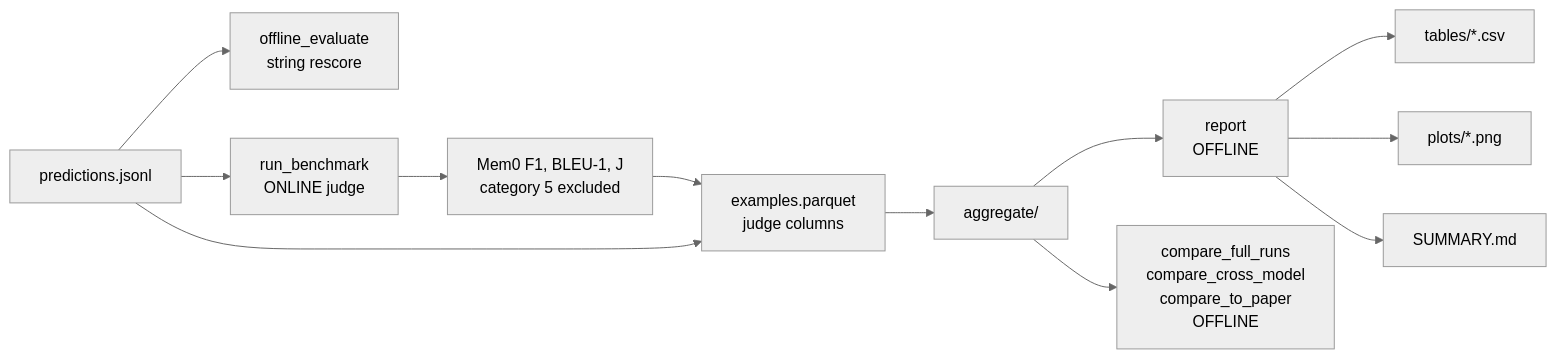
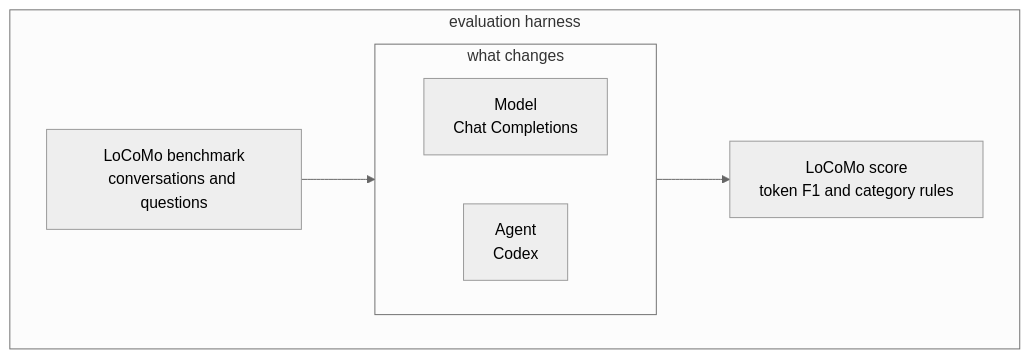
The diagram in README.md (park-jsdev/long-term-memory-eval), drawn with Mermaid (neutral theme) before and after one commit. The commit also changed other lines of this file and 8 other files, not shown here.

````diff
--- a/README.md
+++ b/README.md
@@ -468,14 +7,13 @@
 ```mermaid
-flowchart LR
-  P["predictions.jsonl"] --> OFF1["offline_evaluate<br/>string rescore"]
-  P --> ON["run_benchmark<br/>ONLINE judge"]
-  ON --> J["Mem0 F1, BLEU-1, J<br/>category 5 excluded"]
-  J --> EX["examples.parquet<br/>judge columns"]
-  P --> EX
-  EX --> AGG["aggregate/"]
-  AGG --> R["report<br/>OFFLINE"]
-  R --> TB["tables/*.csv"]
-  R --> PL["plots/*.png"]
-  R --> SM["SUMMARY.md"]
-  AGG --> CMP["compare_full_runs<br/>compare_cross_model<br/>compare_to_paper<br/>OFFLINE"]
+flowchart TB
+  subgraph HARNESS["evaluation harness"]
+    LOC["LoCoMo benchmark<br/>conversations and questions"]
+    subgraph SYS["what changes"]
+      direction LR
+      MODEL["Model<br/>Chat Completions"]
+      AGENT["Agent<br/>Codex"]
+    end
+    SCORE["LoCoMo score<br/>token F1 and category rules"]
+    LOC --> SYS --> SCORE
+  end
 ```
````
